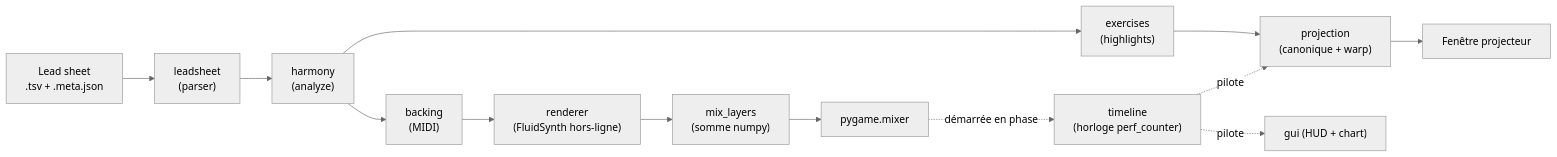
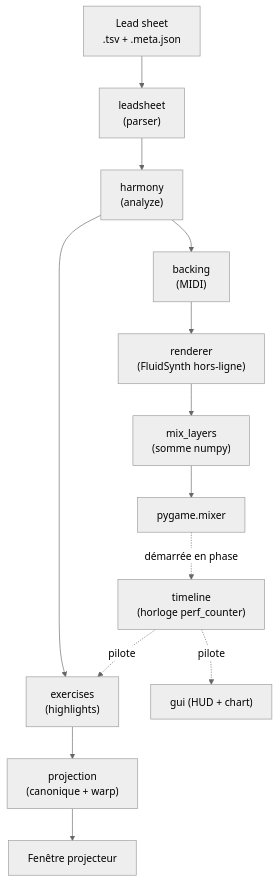
The first of 6 diagrams in rapport/plan-solution-technique.md (AlexandreRiedo/leadsheet-utility), drawn with Mermaid (neutral theme) before and after one commit. The commit also changed other lines of this file and 15 other files, not shown here.

````diff
--- a/rapport/plan-solution-technique.md
+++ b/rapport/plan-solution-technique.md
@@ -133,18 +133,18 @@
 ```mermaid
-flowchart LR
+flowchart TD
     LS["Lead sheet<br/>.tsv + .meta.json"] --> P["leadsheet<br/>(parser)"]
     P --> H["harmony<br/>(analyze)"]
     H --> EX["exercises<br/>(highlights)"]
     EX --> PR["projection<br/>(canonique + warp)"]
     PR --> PW["Fenêtre projecteur"]
 
     H --> B["backing<br/>(MIDI)"]
     B --> R["renderer<br/>(FluidSynth hors-ligne)"]
     R --> MX["mix_layers<br/>(somme numpy)"]
     MX --> AU["pygame.mixer"]
 
     TL["timeline<br/>(horloge perf_counter)"]
-    TL -. pilote .-> PR
+    TL -. pilote .-> EX
     TL -. pilote .-> HUD["gui (HUD + chart)"]
     AU -. démarrée en phase .-> TL
 ```
````
